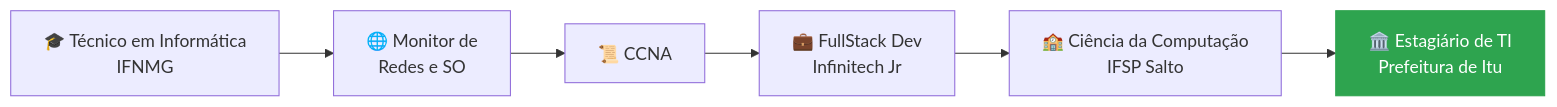
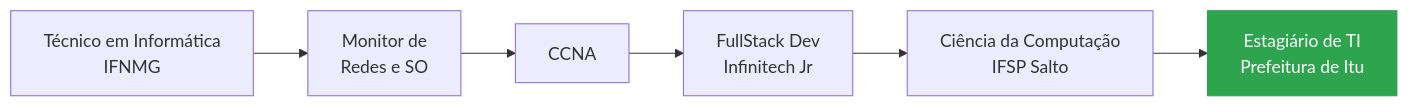
Before and after one commit to C4103M/C4103M: the diagram in README.md, drawn with Mermaid. The commit also changed other lines of this file, not shown here.

````diff
--- a/README.md
+++ b/README.md
@@ -93,9 +93,9 @@
 ```mermaid
 flowchart LR
-    A["🎓 Técnico em Informática<br/>IFNMG"] --> B["🌐 Monitor de<br/>Redes e SO"]
-    B --> C["📜 CCNA"]
-    C --> D["💼 FullStack Dev<br/>Infinitech Jr"]
-    D --> E["🏫 Ciência da Computação<br/>IFSP Salto"]
-    E --> F["🏛️ Estagiário de TI<br/>Prefeitura de Itu"]
+    A["Técnico em Informática<br/>IFNMG"] --> B["Monitor de<br/>Redes e SO"]
+    B --> C["CCNA"]
+    C --> D["FullStack Dev<br/>Infinitech Jr"]
+    D --> E["Ciência da Computação<br/>IFSP Salto"]
+    E --> F["Estagiário de TI<br/>Prefeitura de Itu"]
     style F fill:#2ea44f,color:#fff,stroke:#2ea44f
 ```
````
